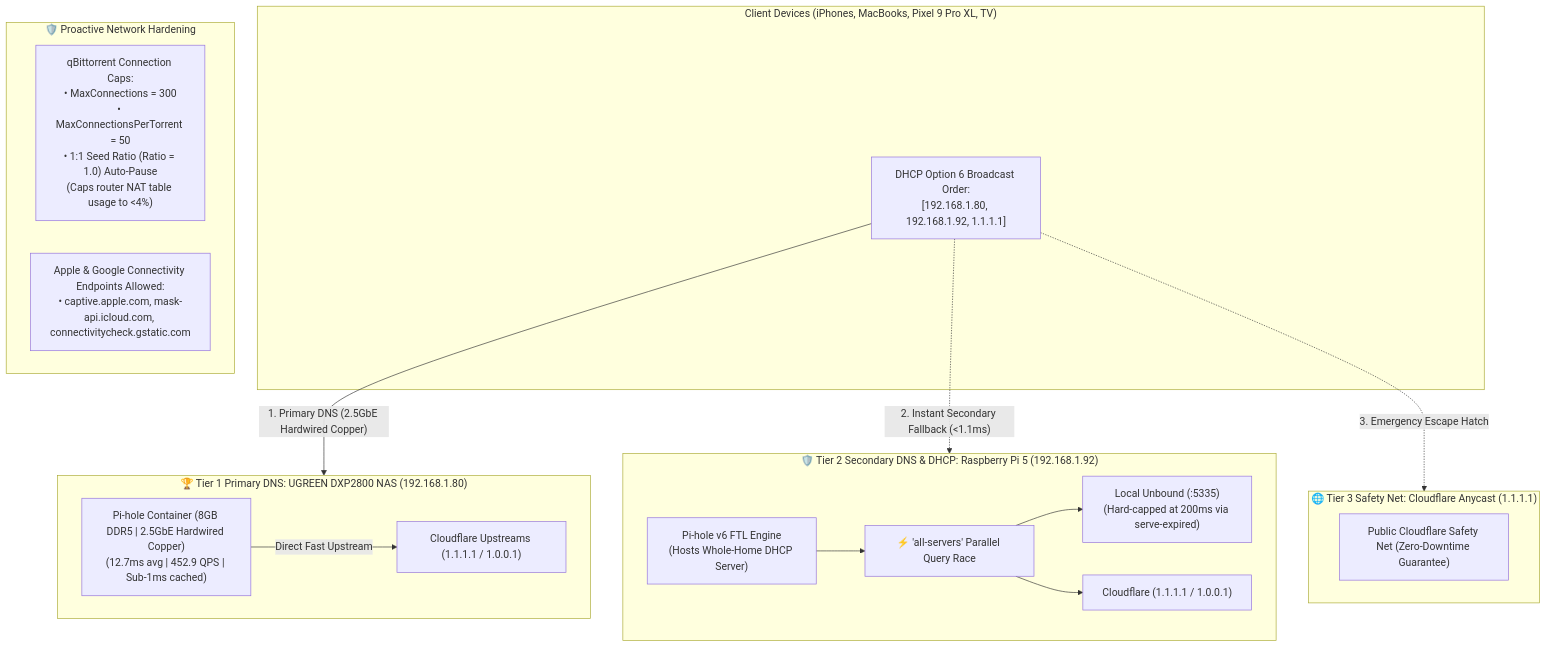
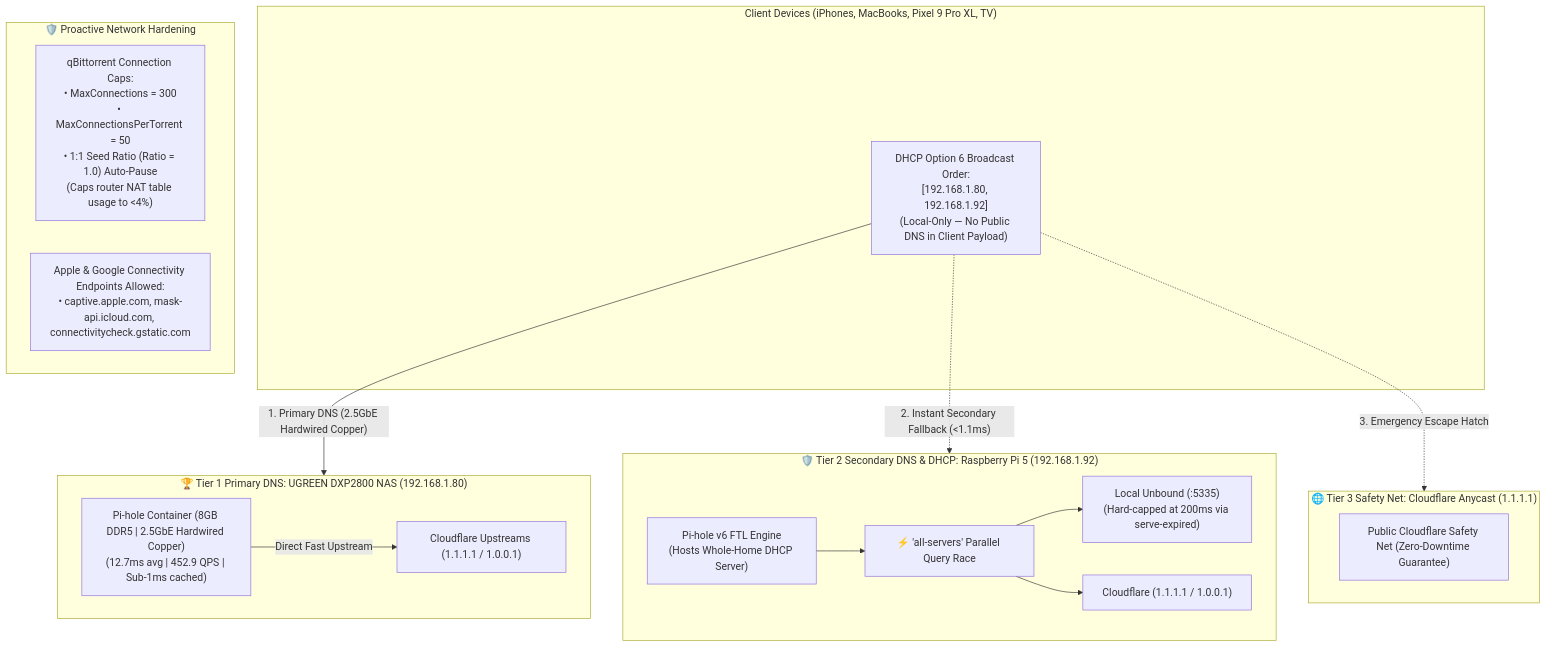
The diagram in networking/DNS_OUTAGE_POST_MORTEM_AND_HARDENED_ARCHITECTURE.md (deepshah08/Learning), drawn with Mermaid before and after one commit. The commit also changed other lines of this file, not shown here.

````diff
--- a/networking/DNS_OUTAGE_POST_MORTEM_AND_HARDENED_ARCHITECTURE.md
+++ b/networking/DNS_OUTAGE_POST_MORTEM_AND_HARDENED_ARCHITECTURE.md
@@ -18,34 +18,34 @@
 ```mermaid
 flowchart TD
     subgraph ClientLayer["Client Devices (iPhones, MacBooks, Pixel 9 Pro XL, TV)"]
-        Clients["DHCP Option 6 Broadcast Order:\n[192.168.1.80, 192.168.1.92, 1.1.1.1]"]
+        Clients["DHCP Option 6 Broadcast Order:\n[192.168.1.80, 192.168.1.92]\n(Local-Only — No Public DNS in Client Payload)"]
     end
 
     subgraph PrimaryNode["🏆 Tier 1 Primary DNS: UGREEN DXP2800 NAS (192.168.1.80)"]
         NAS_Engine["Pi-hole Container (8GB DDR5 | 2.5GbE Hardwired Copper)\n(12.7ms avg | 452.9 QPS | Sub-1ms cached)"]
         NAS_Engine -->|"Direct Fast Upstream"| CF_Upstream["Cloudflare Upstreams (1.1.1.1 / 1.0.0.1)"]
     end
 
     subgraph SecondaryNode["🛡️ Tier 2 Secondary DNS & DHCP: Raspberry Pi 5 (192.168.1.92)"]
         Pi5_Engine["Pi-hole v6 FTL Engine\n(Hosts Whole-Home DHCP Server)"]
         Parallel["⚡ 'all-servers' Parallel Query Race"]
         Unbound["Local Unbound (:5335)\n(Hard-capped at 200ms via serve-expired)"]
         CF_Pi5["Cloudflare (1.1.1.1 / 1.0.0.1)"]
         
         Pi5_Engine --> Parallel
         Parallel --> Unbound & CF_Pi5
     end
 
     subgraph TertiaryNode["🌐 Tier 3 Safety Net: Cloudflare Anycast (1.1.1.1)"]
         PublicCF["Public Cloudflare Safety Net (Zero-Downtime Guarantee)"]
     end
 
     subgraph HardenedProtection["🛡️ Proactive Network Hardening"]
         Qbit["qBittorrent Connection Caps:\n• MaxConnections = 300\n• MaxConnectionsPerTorrent = 50\n• 1:1 Seed Ratio (Ratio = 1.0) Auto-Pause\n(Caps router NAT table usage to <4%)"]
         AppleAllow["Apple & Google Connectivity Endpoints Allowed:\n• captive.apple.com, mask-api.icloud.com, connectivitycheck.gstatic.com"]
     end
 
     Clients -->|"1. Primary DNS (2.5GbE Hardwired Copper)"| PrimaryNode
     Clients -.->|"2. Instant Secondary Fallback (<1.1ms)"| SecondaryNode
     Clients -.->|"3. Emergency Escape Hatch"| TertiaryNode
 ```
````
